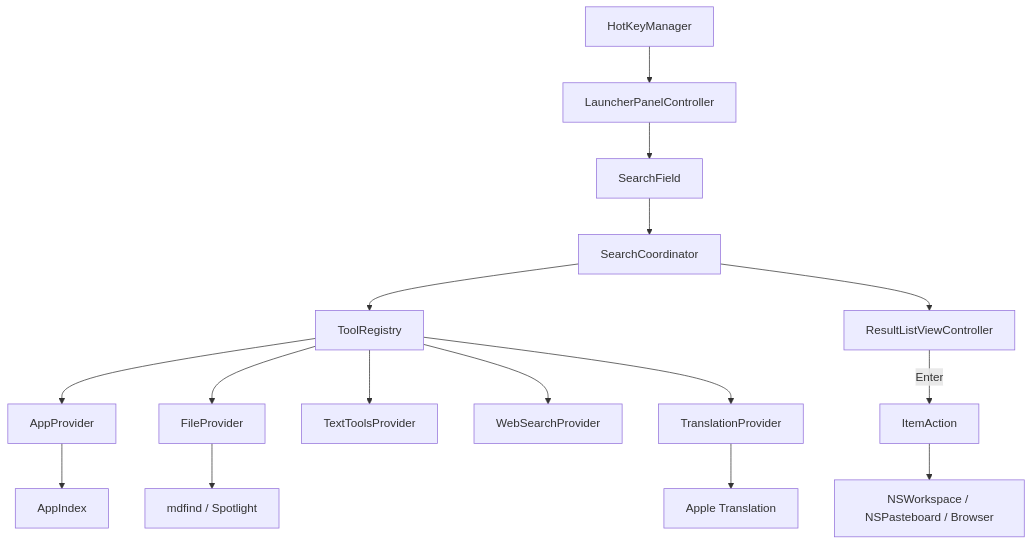
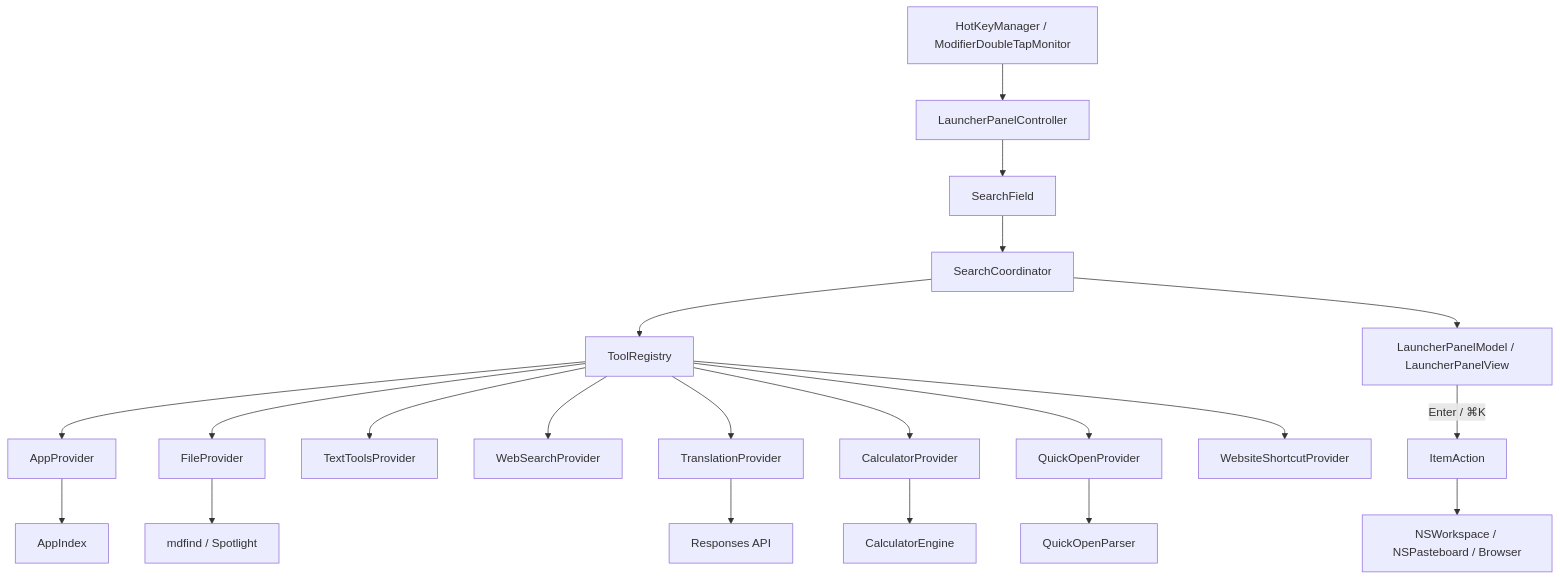
The diagram in docs/architecture.md (CrxusDonts/DontsTool), drawn with Mermaid before and after one commit. The commit also changed other lines of this file and 136 other files, not shown here.

Commit message:
feat: prepare v0.2.0 launcher workflows and website pages

````diff
--- a/docs/architecture.md
+++ b/docs/architecture.md
@@ -53,18 +53,23 @@
 ```mermaid
 flowchart TD
-    HK[HotKeyManager] --> Panel[LauncherPanelController]
+    HK[HotKeyManager / ModifierDoubleTapMonitor] --> Panel[LauncherPanelController]
     Panel --> Field[SearchField]
     Field --> Coord[SearchCoordinator]
     Coord --> Registry[ToolRegistry]
     Registry --> AppP[AppProvider]
     Registry --> FileP[FileProvider]
     Registry --> TextP[TextToolsProvider]
     Registry --> WebP[WebSearchProvider]
     Registry --> TransP[TranslationProvider]
+    Registry --> CalcP[CalculatorProvider]
+    Registry --> QuickP[QuickOpenProvider]
+    Registry --> SiteP[WebsiteShortcutProvider]
     AppP --> Index[AppIndex]
     FileP --> Spotlight[mdfind / Spotlight]
-    TransP --> Translation[Apple Translation]
-    Coord --> List[ResultListViewController]
-    List -->|Enter| Action[ItemAction]
+    TransP --> RemoteAPI[Responses API]
+    CalcP --> Calc[CalculatorEngine]
+    QuickP --> QParser[QuickOpenParser]
+    Coord --> List[LauncherPanelModel / LauncherPanelView]
+    List -->|Enter / ⌘K| Action[ItemAction]
     Action --> System[NSWorkspace / NSPasteboard / Browser]
 ```
````
